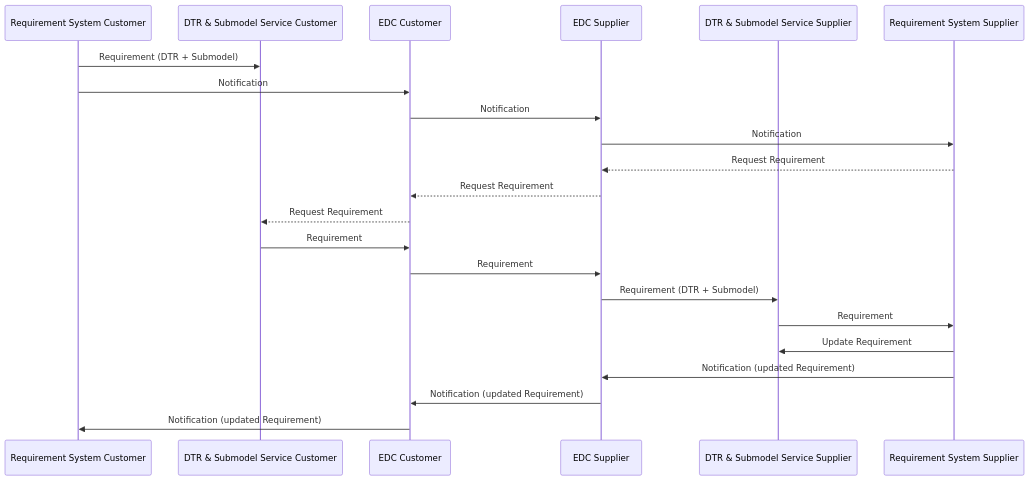
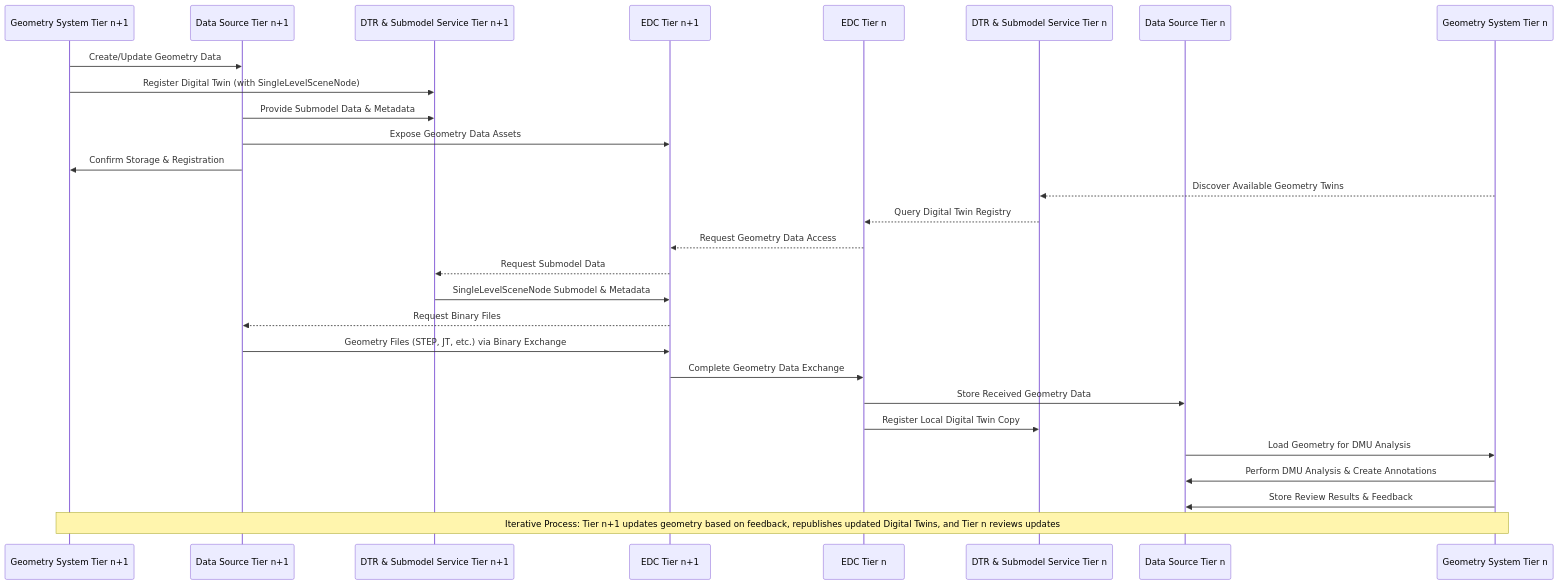
Before and after one commit to eclipse-tractusx/eclipse-tractusx.github.io: the second of 2 diagrams in docs-kits/kits/geometry-kit/software-development-view.md, drawn with Mermaid. The commit also changed other lines of this file and 13 other files, not shown here.

````diff
--- a/docs-kits/kits/geometry-kit/software-development-view.md
+++ b/docs-kits/kits/geometry-kit/software-development-view.md
@@ -93,35 +138,38 @@
 ```mermaid
+sequenceDiagram
+    participant supGeoSys as Geometry System Tier n+1
+    participant supDataSrc as Data Source Tier n+1
+    participant supDtr as DTR & Submodel Service Tier n+1
+    participant supEDC as EDC Tier n+1
 
-sequenceDiagram
-    participant oemReqSys as Requirement System Customer
-    participant oemDtr as DTR & Submodel Service Customer
-    participant oemEDC as EDC Customer
+    participant oemEDC as EDC Tier n
+    participant oemDtr as DTR & Submodel Service Tier n
+    participant oemDataSrc as Data Source Tier n
+    participant oemGeoSys as Geometry System Tier n
 
-    participant supEDC as EDC Supplier
-    participant supDtr as DTR & Submodel Service Supplier
-    participant supReqSys as Requirement System Supplier
+    %% Initial Geometry Creation & Publishing (Supplier)
+    supGeoSys->>supDataSrc: Create/Update Geometry Data
+    supGeoSys->>supDtr: Register Digital Twin (with SingleLevelSceneNode)
+    supDataSrc->>supDtr: Provide Submodel Data & Metadata
+    supDataSrc->>supEDC: Expose Geometry Data Assets
+    supDataSrc->>supGeoSys: Confirm Storage & Registration
 
-    oemReqSys->>oemDtr: Requirement (DTR + Submodel)
-    oemReqSys->>oemEDC: Notification
-    oemEDC->>supEDC: Notification
-    supEDC->>supReqSys: Notification
-    supReqSys-->>supEDC: Request Requirement
+    %% Discovery & Request (OEM) and Data Transfer
+    oemGeoSys-->>oemDtr: Discover Available Geometry Twins
+    oemDtr-->>oemEDC: Query Digital Twin Registry
+    oemEDC-->>supEDC: Request Geometry Data Access
+    supEDC-->>supDtr: Request Submodel Data
+    supDtr->>supEDC: SingleLevelSceneNode Submodel & Metadata
+    supEDC-->>supDataSrc: Request Binary Files
+    supDataSrc->>supEDC: Geometry Files (STEP, JT, etc.) via Binary Exchange
+    supEDC->>oemEDC: Complete Geometry Data Exchange
+    oemEDC->>oemDataSrc: Store Received Geometry Data
+    oemEDC->>oemDtr: Register Local Digital Twin Copy
+    oemDataSrc->>oemGeoSys: Load Geometry for DMU Analysis
 
+    %% Review & Feedback (DMU Analysis)
+    oemGeoSys->>oemDataSrc: Perform DMU Analysis & Create Annotations
+    oemGeoSys->>oemDataSrc: Store Review Results & Feedback
 
-    supEDC-->>oemEDC: Request Requirement
-    oemEDC-->>oemDtr: Request Requirement
-
-    oemDtr->>oemEDC: Requirement
-
-    oemEDC->>supEDC: Requirement
-    supEDC->>supDtr: Requirement (DTR + Submodel)
-
-    supDtr->>supReqSys: Requirement
-
-    supReqSys->>supDtr: Update Requirement
-    supReqSys->>supEDC: Notification (updated Requirement)
-    supEDC->>oemEDC: Notification (updated Requirement)
-    oemEDC->>oemReqSys: Notification (updated Requirement)
-
-
+    Note over supGeoSys, oemGeoSys: Iterative Process: Tier n+1 updates geometry based on feedback, republishes updated Digital Twins, and Tier n reviews updates
 ```
````
